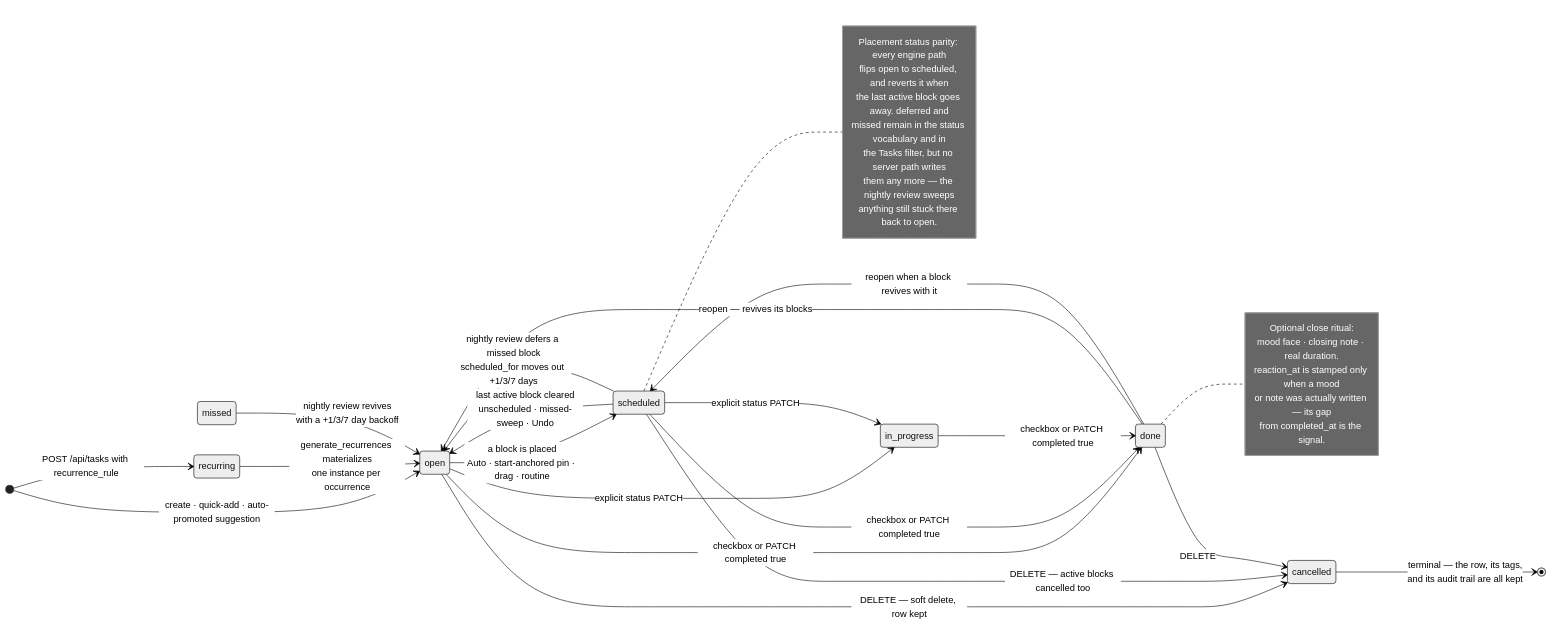
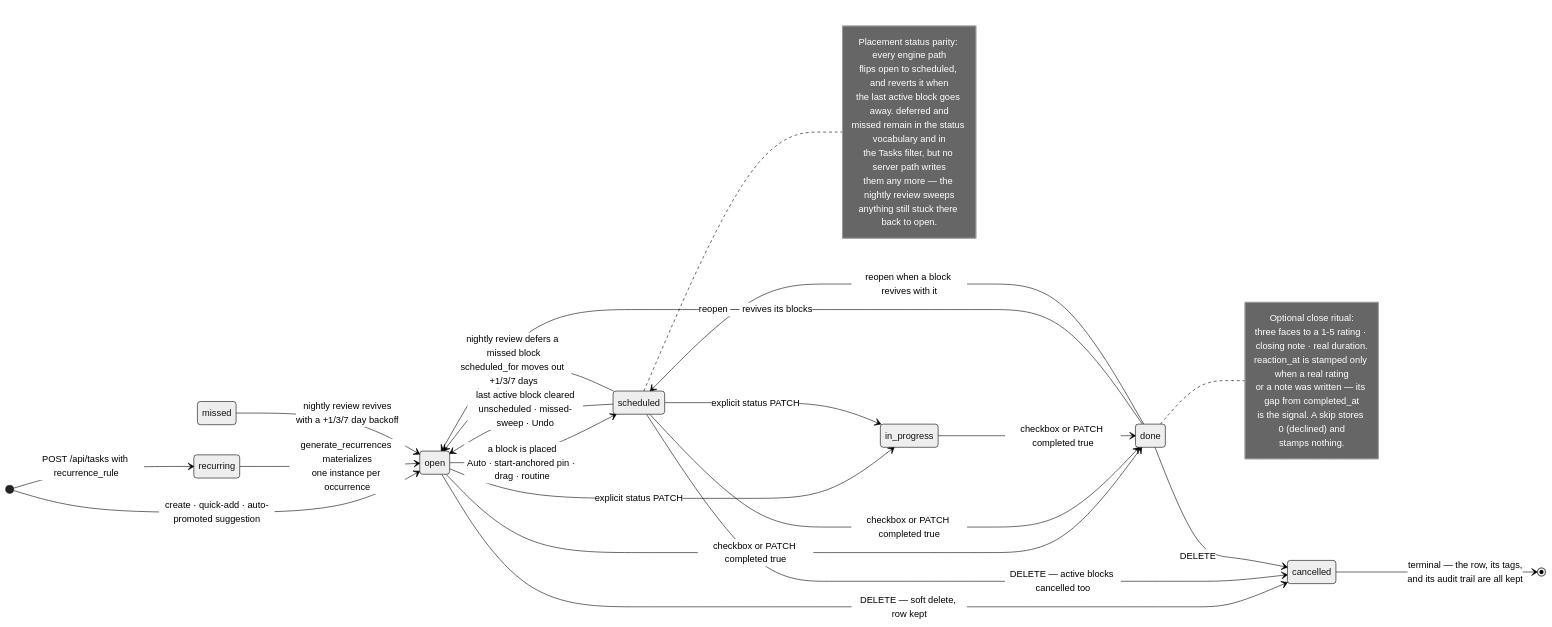
Before and after one commit to companionintelligence/CI-Planning: the fifth of 7 diagrams in README.md, drawn with Mermaid (neutral theme). The commit also changed other lines of this file and 38 other files, not shown here.

````diff
--- a/README.md
+++ b/README.md
@@ -993,49 +1002,50 @@
 ```mermaid
 stateDiagram-v2
     direction LR
 
     [*] --> recurring : POST /api/tasks with recurrence_rule
     [*] --> open : create · quick-add · auto-promoted suggestion
 
     recurring --> open : generate_recurrences materializes<br/>one instance per occurrence
 
     open --> scheduled : a block is placed<br/>Auto · start-anchored pin · drag · routine
     scheduled --> open : last active block cleared<br/>unscheduled · missed-sweep · Undo
     scheduled --> open : nightly review defers a missed block<br/>scheduled_for moves out +1/3/7 days
 
     open --> in_progress : explicit status PATCH
     scheduled --> in_progress : explicit status PATCH
 
     open --> done : checkbox or PATCH completed true
     scheduled --> done : checkbox or PATCH completed true
     in_progress --> done : checkbox or PATCH completed true
 
     done --> open : reopen — revives its blocks
     done --> scheduled : reopen when a block revives with it
 
     open --> cancelled : DELETE — soft delete, row kept
     scheduled --> cancelled : DELETE — active blocks cancelled too
     done --> cancelled : DELETE
 
     missed --> open : nightly review revives<br/>with a +1/3/7 day backoff
 
     cancelled --> [*] : terminal — the row, its tags,<br/>and its audit trail are all kept
 
     note right of done
         Optional close ritual:
-        mood face · closing note · real duration.
-        reaction_at is stamped only when a mood
-        or note was actually written — its gap
-        from completed_at is the signal.
+        three faces to a 1-5 rating · closing note · real duration.
+        reaction_at is stamped only when a real rating
+        or a note was written — its gap from completed_at
+        is the signal. A skip stores 0 (declined) and
+        stamps nothing.
     end note
 
     note right of scheduled
         Placement status parity: every engine path
         flips open to scheduled, and reverts it when
         the last active block goes away. deferred and
         missed remain in the status vocabulary and in
         the Tasks filter, but no server path writes
         them any more — the nightly review sweeps
         anything still stuck there back to open.
     end note
 ```
````
